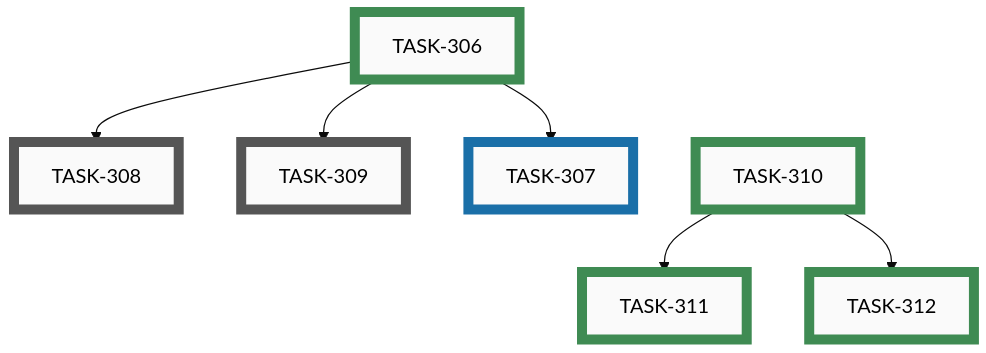
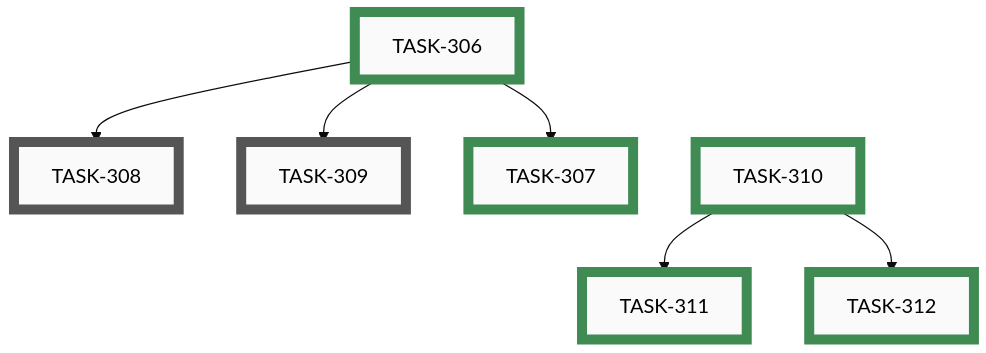
Before and after one commit to tgd1975/AwesomeStudioPedal: the fifth of 6 diagrams in docs/developers/tasks/EPICS.md, drawn with Mermaid (base theme). The commit also changed other lines of this file and 3 other files, not shown here.

Commit message:
close TASK-307: Profile-independent actions — web simulator support

````diff
--- a/docs/developers/tasks/EPICS.md
+++ b/docs/developers/tasks/EPICS.md
@@ -161,31 +161,31 @@
 ```mermaid
 graph TD
     TASK_308["TASK-308"]:::open
     TASK_309["TASK-309"]:::open
-    TASK_307["TASK-307"]:::active
     TASK_306["TASK-306"]:::closed
+    TASK_307["TASK-307"]:::closed
     TASK_310["TASK-310"]:::closed
     TASK_311["TASK-311"]:::closed
     TASK_312["TASK-312"]:::closed
     TASK_306 --> TASK_308
     TASK_306 --> TASK_309
     TASK_306 --> TASK_307
     TASK_310 --> TASK_311
     TASK_310 --> TASK_312
     TASK_306 ~~~ TASK_310
     click TASK_308 "open/task-308-profile-independent-actions-config-builder.md"
     click TASK_309 "open/task-309-profile-independent-actions-flutter-app.md"
-    click TASK_307 "active/task-307-profile-independent-actions-simulator.md"
     click TASK_306 "closed/task-306-profile-independent-actions-firmware.md"
+    click TASK_307 "closed/task-307-profile-independent-actions-simulator.md"
     click TASK_310 "closed/task-310-configurable-ble-device-name-firmware.md"
     click TASK_311 "closed/task-311-configurable-ble-device-name-config-builder.md"
     click TASK_312 "closed/task-312-configurable-ble-device-name-flutter-app.md"
     classDef open    fill:#FAFAFA,stroke:#555,stroke-width:8px,color:#000
     classDef active  fill:#FAFAFA,stroke:#1A6FA8,stroke-width:8px,color:#000
     classDef closed  fill:#FAFAFA,stroke:#3F8B53,stroke-width:8px,color:#000
     classDef paused  fill:#FAFAFA,stroke:#B07810,stroke-width:8px,color:#000
     classDef openExt    fill:#000,stroke:#888,stroke-width:8px,color:#FFF
     classDef activeExt  fill:#000,stroke:#3FA9F5,stroke-width:8px,color:#FFF
     classDef closedExt  fill:#000,stroke:#7CC68A,stroke-width:8px,color:#FFF
     classDef pausedExt  fill:#000,stroke:#F0B030,stroke-width:8px,color:#FFF
 ```
````
